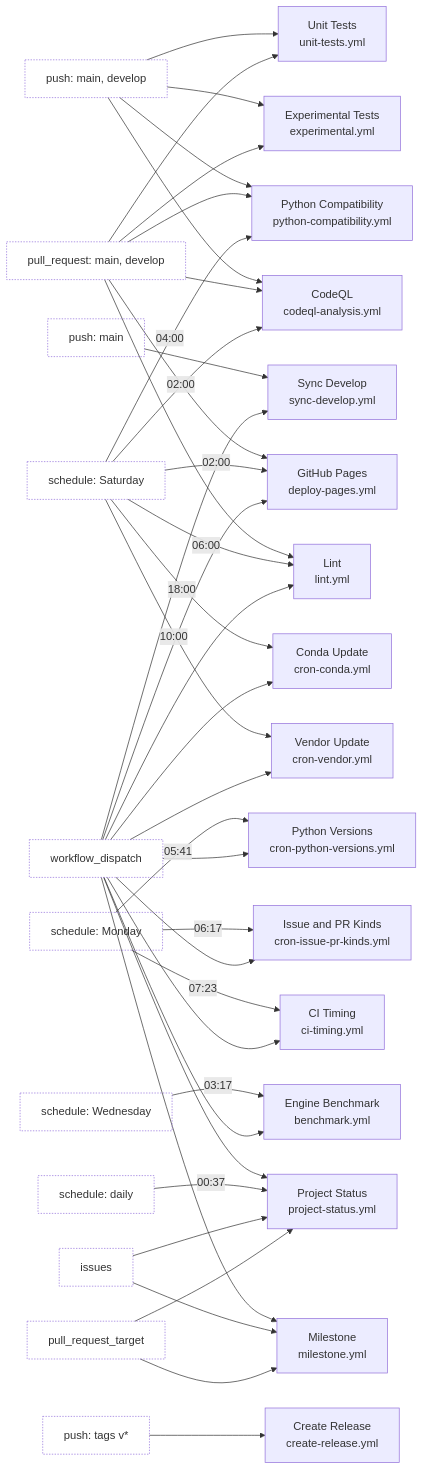
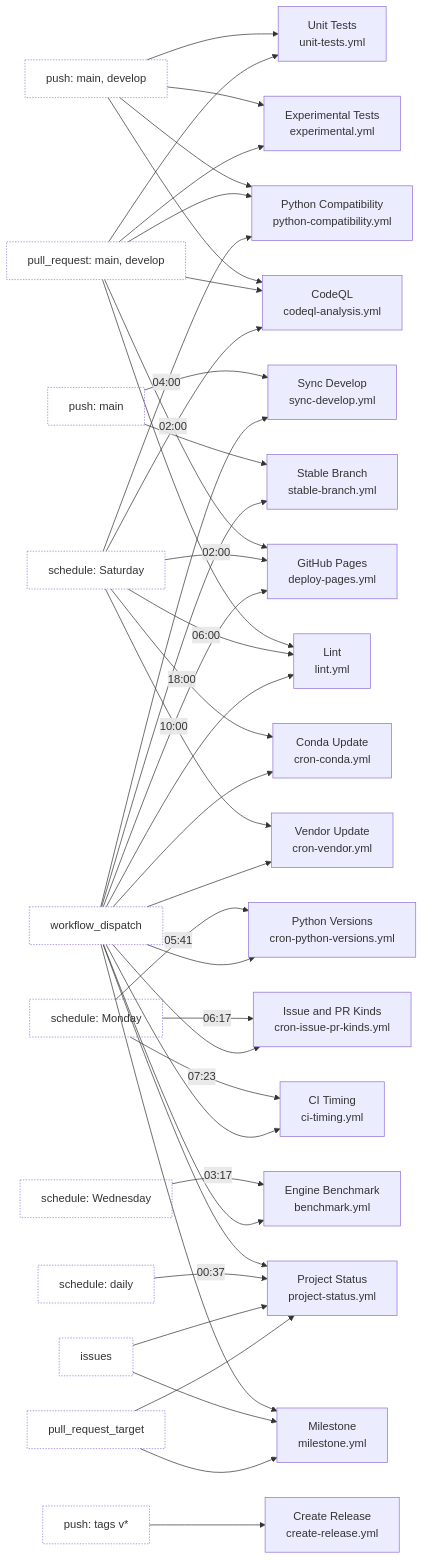
One commit to JarryShaw/PyPCAPKit changed the first of 6 diagrams in docs/source/contributing/workflows.rst. Above: the diagram before and after it, drawn with Mermaid. The commit also changed other lines of this file and 8 other files, not shown here.

First line of the commit message:
ci(rtd): mirror main to a stable branch for Read the Docs (#3077)

```diff
--- a/docs/source/contributing/workflows.rst
+++ b/docs/source/contributing/workflows.rst
@@ -212,6 +219,7 @@
        CT["CI Timing<br/>ci-timing.yml"]
        BM["Engine Benchmark<br/>benchmark.yml"]
        SD["Sync Develop<br/>sync-develop.yml"]
+       SB["Stable Branch<br/>stable-branch.yml"]
        PS["Project Status<br/>project-status.yml"]
        MS["Milestone<br/>milestone.yml"]
        CR["Create Release<br/>create-release.yml"]
@@ -259,6 +267,9 @@
        PUSHMAIN --> SD
        DISPATCH --> SD
 
+       PUSHMAIN --> SB
+       DISPATCH --> SB
+
        DISPATCH --> PS
        DAILY -->|00:37| PS
        ISSUES --> PS
```
